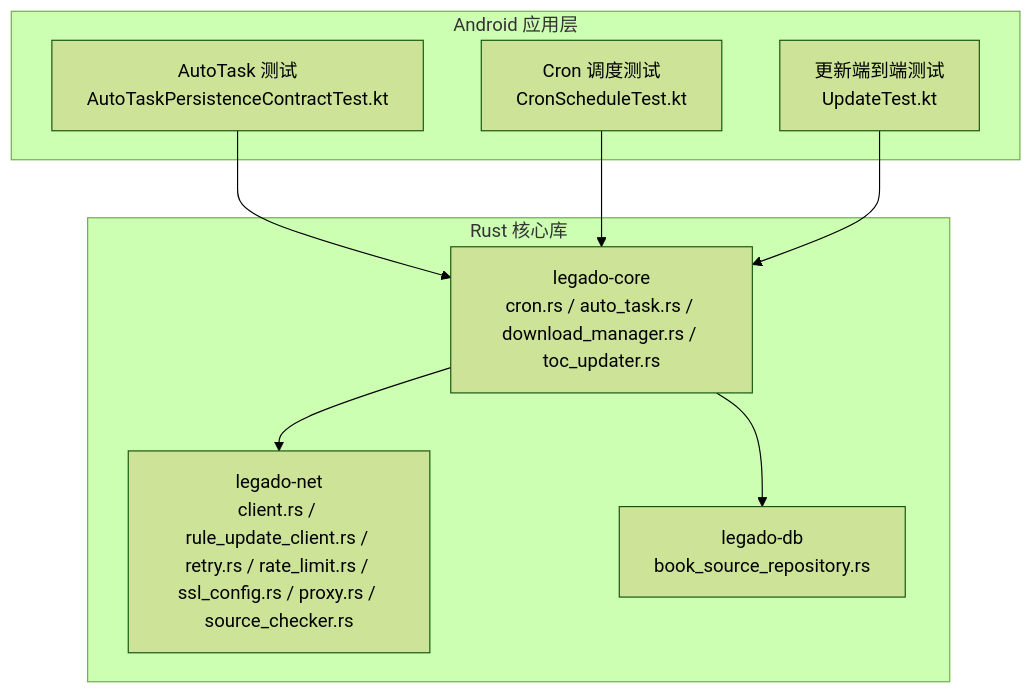
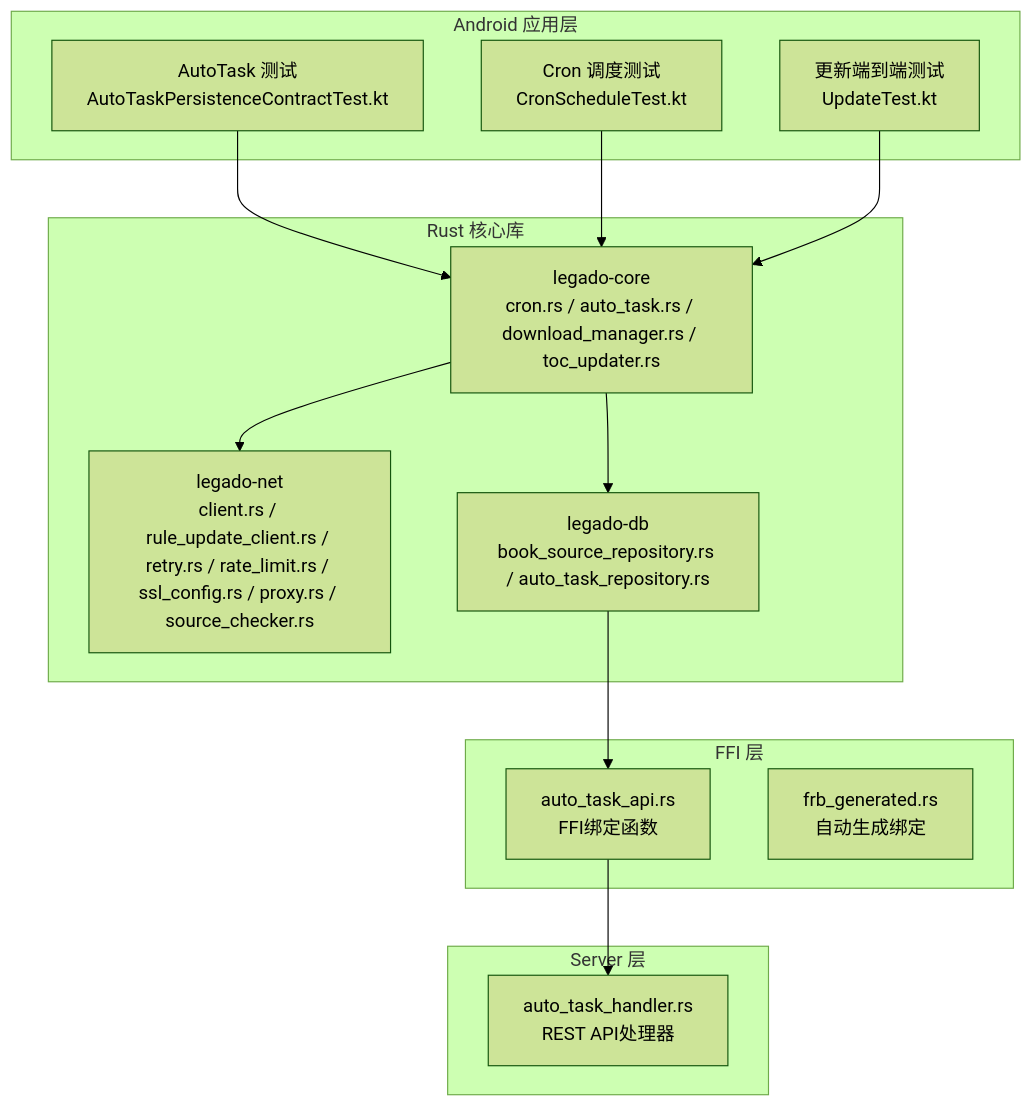
The first of 11 diagrams in .qoder/repowiki/zh/content/项目概述/核心功能特性/网络源系统/自动更新系统.md (ZhangGHGitHub/LegadoTeamFlutter), drawn with Mermaid (forest theme) before and after one commit. The commit also changed other lines of this file and 173 other files, not shown here.

````diff
--- a/.qoder/repowiki/zh/content/项目概述/核心功能特性/网络源系统/自动更新系统.md
+++ b/.qoder/repowiki/zh/content/项目概述/核心功能特性/网络源系统/自动更新系统.md
@@ -49,18 +64,27 @@
 ```mermaid
 graph TB
 subgraph "Android 应用层"
 A1["AutoTask 测试<br/>AutoTaskPersistenceContractTest.kt"]
 A2["Cron 调度测试<br/>CronScheduleTest.kt"]
 A3["更新端到端测试<br/>UpdateTest.kt"]
 end
 subgraph "Rust 核心库"
 R1["legado-core<br/>cron.rs / auto_task.rs / download_manager.rs / toc_updater.rs"]
 R2["legado-net<br/>client.rs / rule_update_client.rs / retry.rs / rate_limit.rs / ssl_config.rs / proxy.rs / source_checker.rs"]
-R3["legado-db<br/>book_source_repository.rs"]
+R3["legado-db<br/>book_source_repository.rs / auto_task_repository.rs"]
+end
+subgraph "FFI 层"
+F1["auto_task_api.rs<br/>FFI绑定函数"]
+F2["frb_generated.rs<br/>自动生成绑定"]
+end
+subgraph "Server 层"
+S1["auto_task_handler.rs<br/>REST API处理器"]
 end
 A1 --> R1
 A2 --> R1
 A3 --> R1
 R1 --> R2
 R1 --> R3
+R3 --> F1
+F1 --> S1
 ```
````
